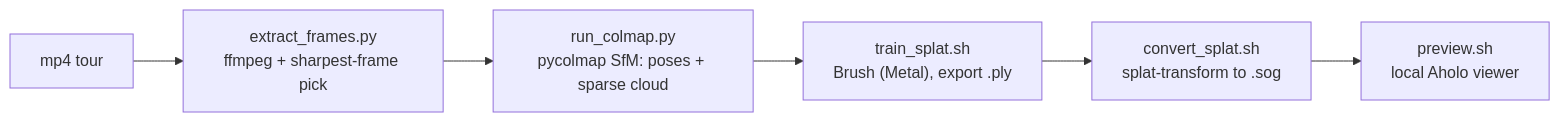
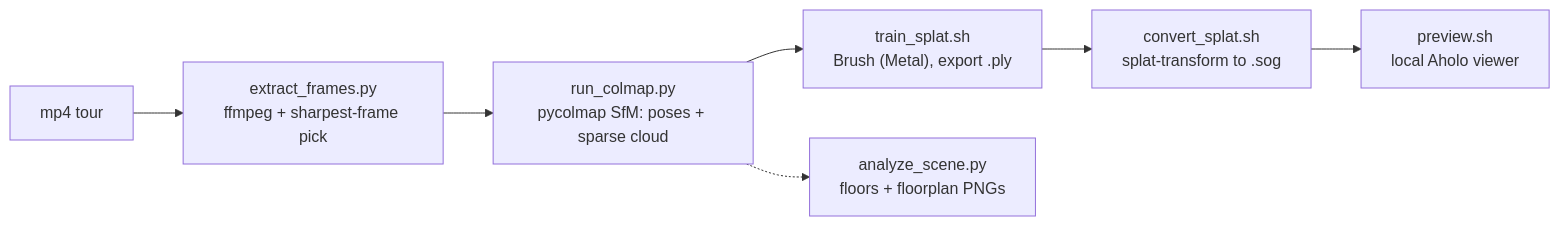
One commit to puntorigen/skills changed the diagram in video-to-splat/SKILL.md. Above: the diagram before and after it, drawn with Mermaid. The commit also changed other lines of this file and 5 other files, not shown here.

````diff
--- a/video-to-splat/SKILL.md
+++ b/video-to-splat/SKILL.md
@@ -23,8 +23,9 @@
 ```mermaid
 flowchart LR
   Mp4["mp4 tour"] --> Ex["extract_frames.py<br/>ffmpeg + sharpest-frame pick"]
   Ex --> Colmap["run_colmap.py<br/>pycolmap SfM: poses + sparse cloud"]
   Colmap --> Brush["train_splat.sh<br/>Brush (Metal), export .ply"]
+  Colmap -.-> An["analyze_scene.py<br/>floors + floorplan PNGs"]
   Brush --> Conv["convert_splat.sh<br/>splat-transform to .sog"]
   Conv --> View["preview.sh<br/>local Aholo viewer"]
 ```
````
